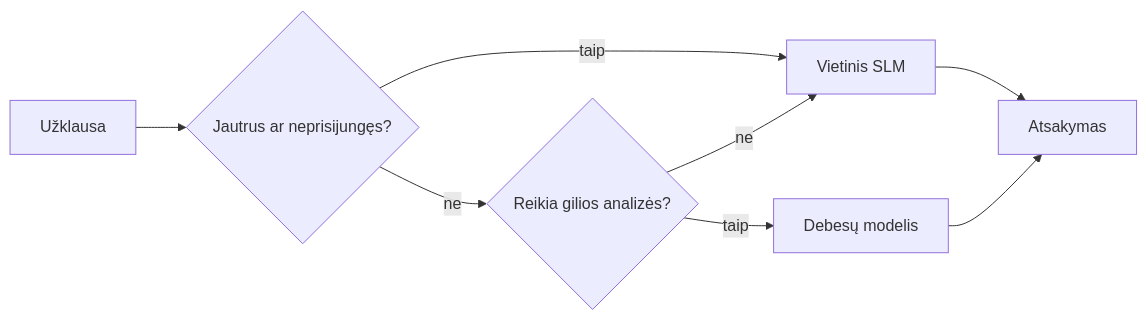
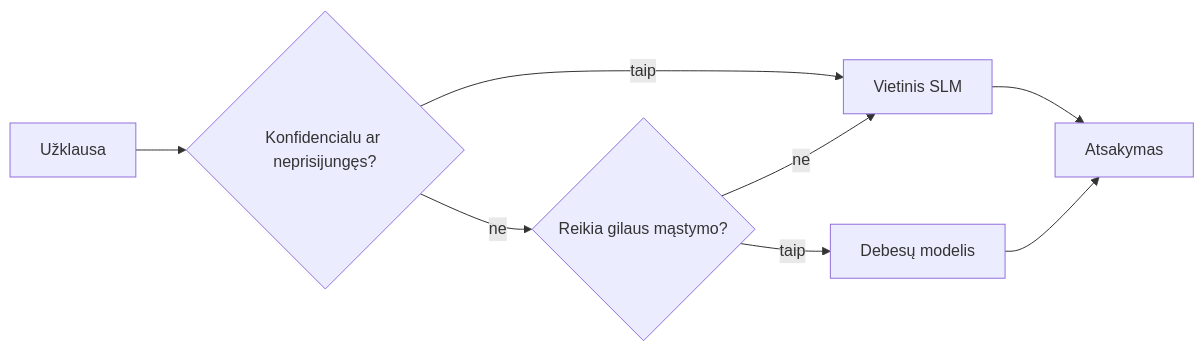
Before and after one commit to gabrielmoreira/agent-skills-mirror: the fourth of 4 diagrams in mirrors/repos/microsoft@ai-agents-for-beginners/translations/lt/17-creating-local-ai-agents/README.md, drawn with Mermaid. The commit also changed other lines of this file and 4262 other files, not shown here.

````diff
--- a/mirrors/repos/microsoft@ai-agents-for-beginners/translations/lt/17-creating-local-ai-agents/README.md
+++ b/mirrors/repos/microsoft@ai-agents-for-beginners/translations/lt/17-creating-local-ai-agents/README.md
@@ -156,10 +156,10 @@
 ```mermaid
 flowchart LR
-    Q[Užklausa] --> S{Jautrus ar neprisijungęs?}
+    Q[Užklausa] --> S{Konfidencialu ar neprisijungęs?}
     S -->|taip| L[Vietinis SLM]
-    S -->|ne| C{Reikia gilios analizės?}
+    S -->|ne| C{Reikia gilaus mąstymo?}
     C -->|ne| L
     C -->|taip| Cloud[Debesų modelis]
     L --> Out[Atsakymas]
     Cloud --> Out
 ```
````
